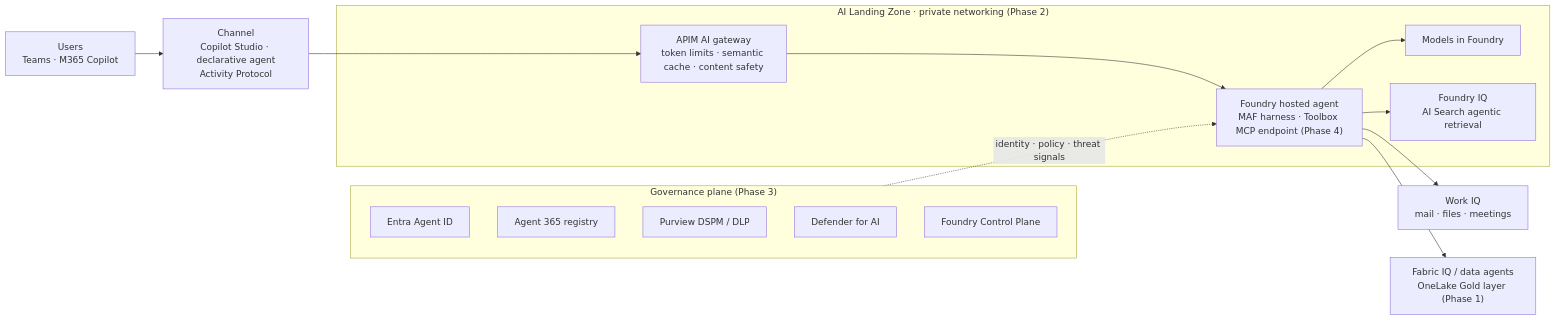
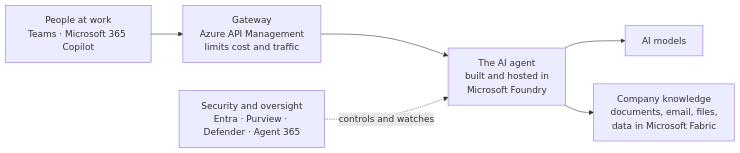
One commit to mjtpena/awesome-microsoft-fde changed the ninth of 10 diagrams in README.md. Above: the diagram before and after it, drawn with Mermaid. The commit also changed other lines of this file and 5 other files, not shown here.

````diff
--- a/README.md
+++ b/README.md
@@ -245,24 +245,8 @@
 ```mermaid
 flowchart LR
-    U["Users<br/>Teams · M365 Copilot"] --> CH["Channel<br/>Copilot Studio · declarative agent<br/>Activity Protocol"]
-    CH --> GW
-    subgraph LZ["AI Landing Zone · private networking (Phase 2)"]
-        GW["APIM AI gateway<br/>token limits · semantic cache · content safety"]
-        AG["Foundry hosted agent<br/>MAF harness · Toolbox MCP endpoint (Phase 4)"]
-        M["Models in Foundry"]
-        K1["Foundry IQ<br/>AI Search agentic retrieval"]
-    end
-    GW --> AG
-    AG --> M
-    AG --> K1
-    AG --> K2["Work IQ<br/>mail · files · meetings"]
-    AG --> K3["Fabric IQ / data agents<br/>OneLake Gold layer (Phase 1)"]
-    subgraph GOV["Governance plane (Phase 3)"]
-        ID["Entra Agent ID"]
-        A365["Agent 365 registry"]
-        PV["Purview DSPM / DLP"]
-        DF["Defender for AI"]
-        CP["Foundry Control Plane"]
-    end
-    GOV -. "identity · policy · threat signals" .-> AG
+    U["People at work<br/>Teams · Microsoft 365 Copilot"] --> GW["Gateway<br/>Azure API Management<br/>limits cost and traffic"]
+    GW --> AG["The AI agent<br/>built and hosted in<br/>Microsoft Foundry"]
+    AG --> MD["AI models"]
+    AG --> KN["Company knowledge<br/>documents, email, files,<br/>data in Microsoft Fabric"]
+    SEC["Security and oversight<br/>Entra · Purview · Defender · Agent 365"] -. "controls and watches" .-> AG
 ```
````
